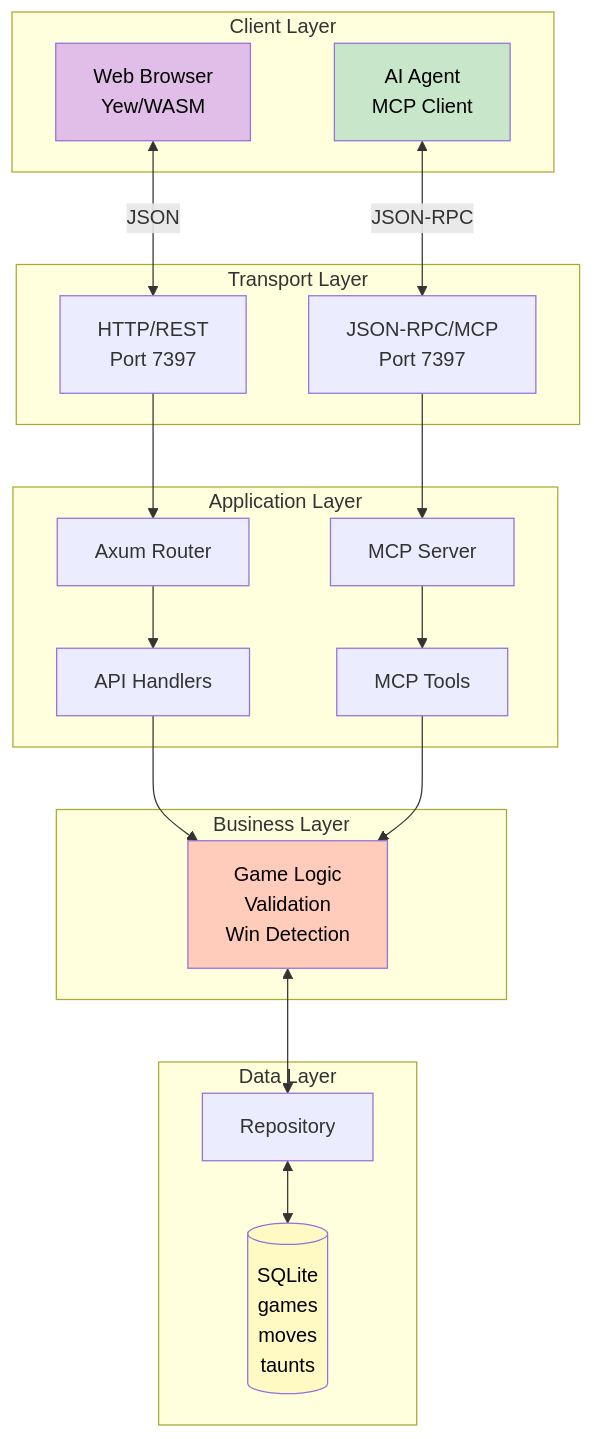
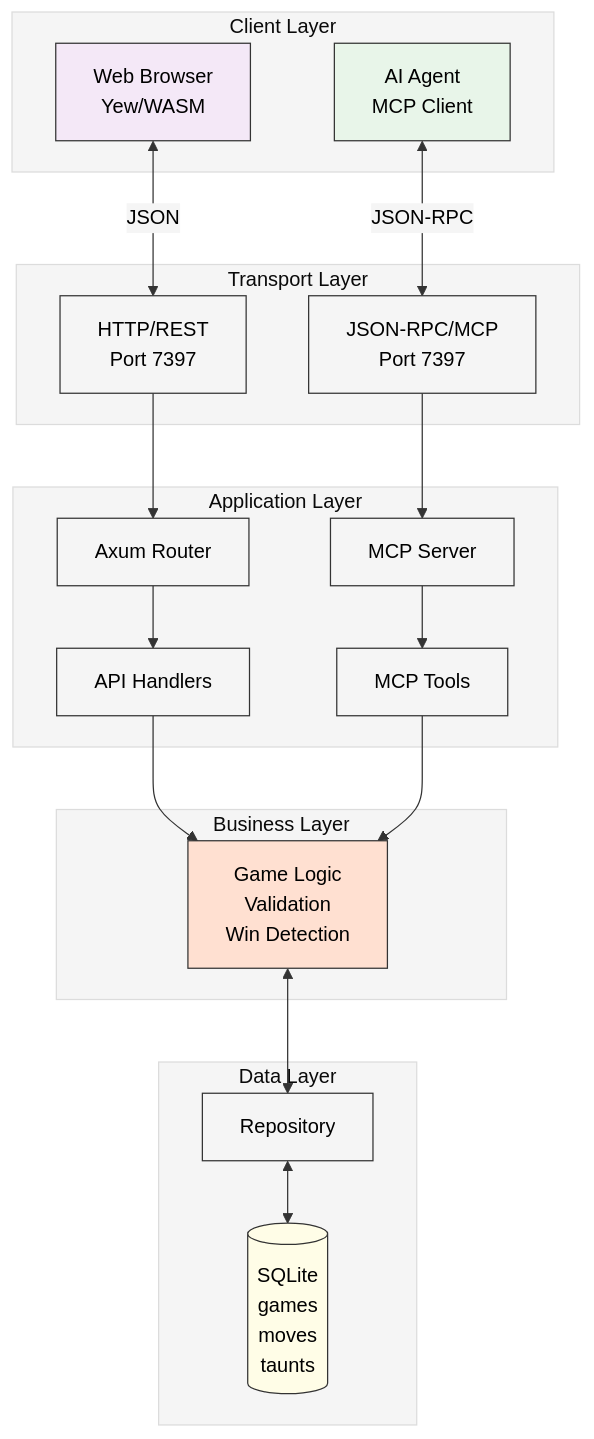
Before and after one commit to sw-game-dev/game-mcp-poc: the first of 16 diagrams in wiki/Data-Flow.md, drawn with Mermaid. The commit also changed other lines of this file and 6 other files, not shown here.

First line of the commit message:
fix: Improve mermaid diagram contrast with theme and lighter colors

````diff
--- a/wiki/Data-Flow.md
+++ b/wiki/Data-Flow.md
@@ -16,44 +16,45 @@
 ```mermaid
+%%{init: {'theme':'base', 'themeVariables': {'primaryColor':'#f5f5f5','primaryTextColor':'#000','primaryBorderColor':'#333','lineColor':'#333','secondaryColor':'#f5f5f5','tertiaryColor':'#f5f5f5'}}}%%
 graph TB
     subgraph "Client Layer"
         Browser[Web Browser<br/>Yew/WASM]
         Agent[AI Agent<br/>MCP Client]
     end
 
     subgraph "Transport Layer"
         REST[HTTP/REST<br/>Port 7397]
         MCP[JSON-RPC/MCP<br/>Port 7397]
     end
 
     subgraph "Application Layer"
         Router[Axum Router]
         MCPServer[MCP Server]
         Handlers[API Handlers]
         Tools[MCP Tools]
     end
 
     subgraph "Business Layer"
         Logic[Game Logic<br/>Validation<br/>Win Detection]
     end
 
     subgraph "Data Layer"
         Repo[Repository]
         DB[(SQLite<br/>games<br/>moves<br/>taunts)]
     end
 
     Browser <-->|JSON| REST
     Agent <-->|JSON-RPC| MCP
     REST --> Router
     MCP --> MCPServer
     Router --> Handlers
     MCPServer --> Tools
     Handlers --> Logic
     Tools --> Logic
     Logic <--> Repo
     Repo <--> DB
 
-    style Browser fill:#e1bee7,color:#000
-    style Agent fill:#c8e6c9,color:#000
-    style Logic fill:#ffccbc,color:#000
-    style DB fill:#fff9c4,color:#000
+    style Browser fill:#f4e8f7,color:#000
+    style Agent fill:#e8f5e9,color:#000
+    style Logic fill:#ffe0d1,color:#000
+    style DB fill:#fffde7,color:#000
 ```
````
